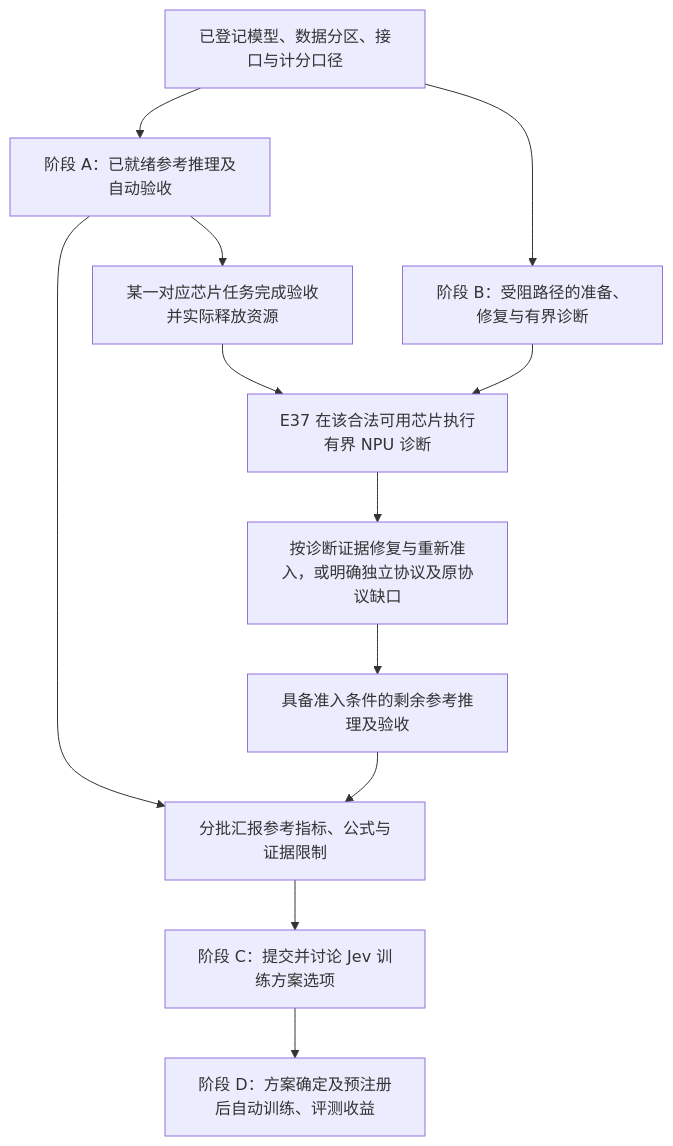
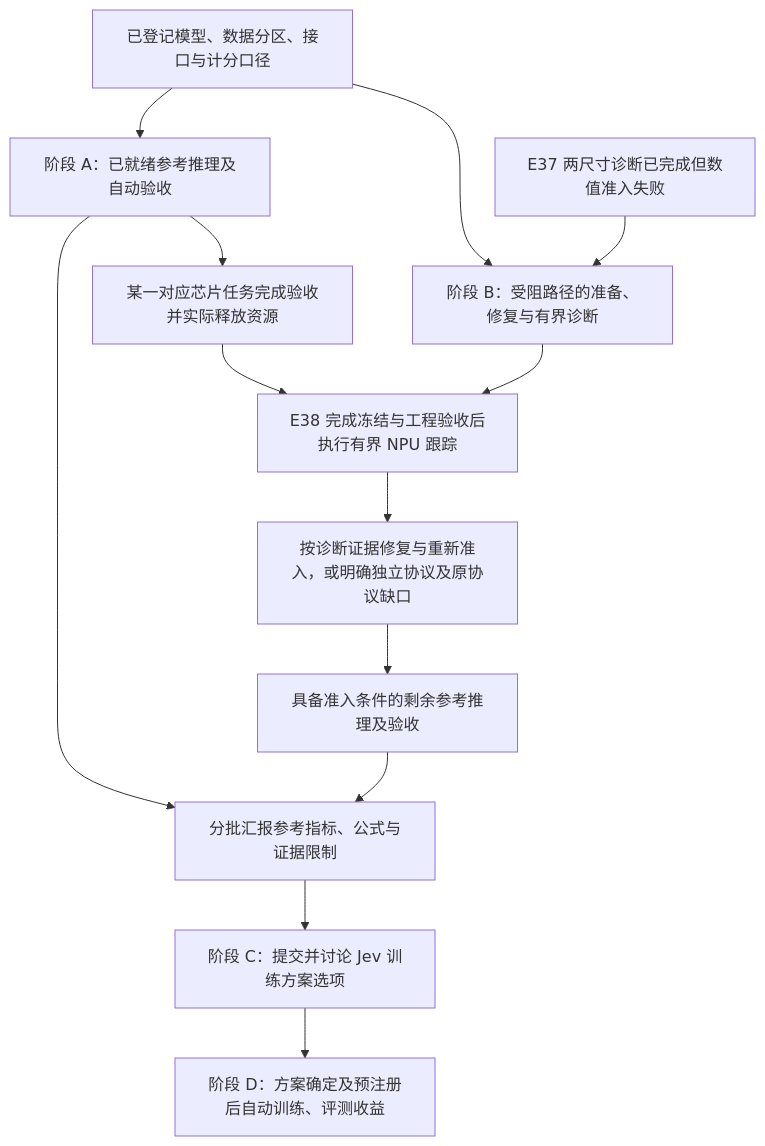
One commit to chaosxingxc-orion/nga changed the diagram in proposal/06-status-inference-first-2026-10-31.md. Above: the diagram before and after it, drawn with Mermaid. The commit also changed other lines of this file, not shown here.

````diff
--- a/proposal/06-status-inference-first-2026-10-31.md
+++ b/proposal/06-status-inference-first-2026-10-31.md
@@ -40,14 +56,15 @@
 ```mermaid
 flowchart TD
     P[已登记模型、数据分区、接口与计分口径] --> A[阶段 A：已就绪参考推理及自动验收]
     P --> B[阶段 B：受阻路径的准备、修复与有界诊断]
     A --> R[某一对应芯片任务完成验收并实际释放资源]
-    R --> E[E37 在该合法可用芯片执行有界 NPU 诊断]
+    R --> E[E38 完成冻结与工程验收后执行有界 NPU 跟踪]
     B --> E
+    X[E37 两尺寸诊断已完成但数值准入失败] --> B
     E --> Q[按诊断证据修复与重新准入，或明确独立协议及原协议缺口]
     Q --> I[具备准入条件的剩余参考推理及验收]
     A --> S[分批汇报参考指标、公式与证据限制]
     I --> S
     S --> C[阶段 C：提交并讨论 Jev 训练方案选项]
     C --> D[阶段 D：方案确定及预注册后自动训练、评测收益]
 ```
````
